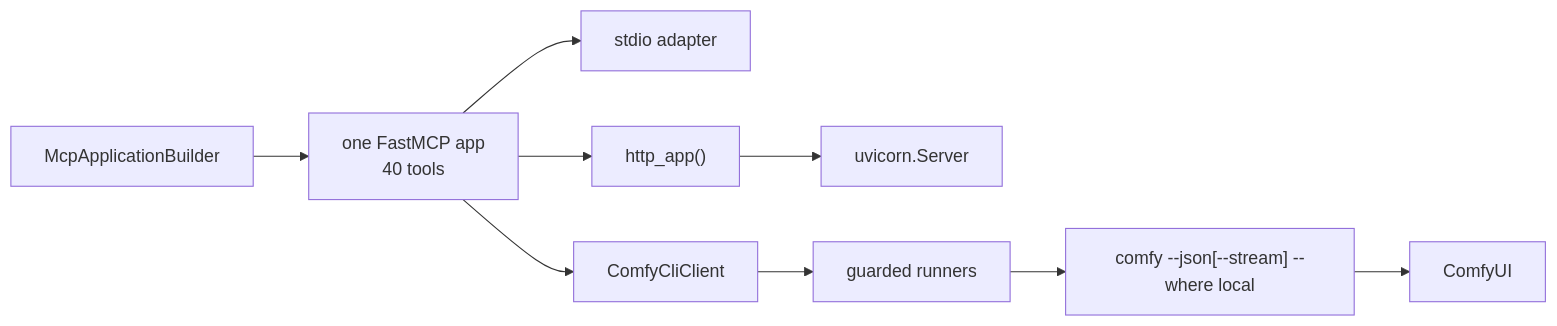
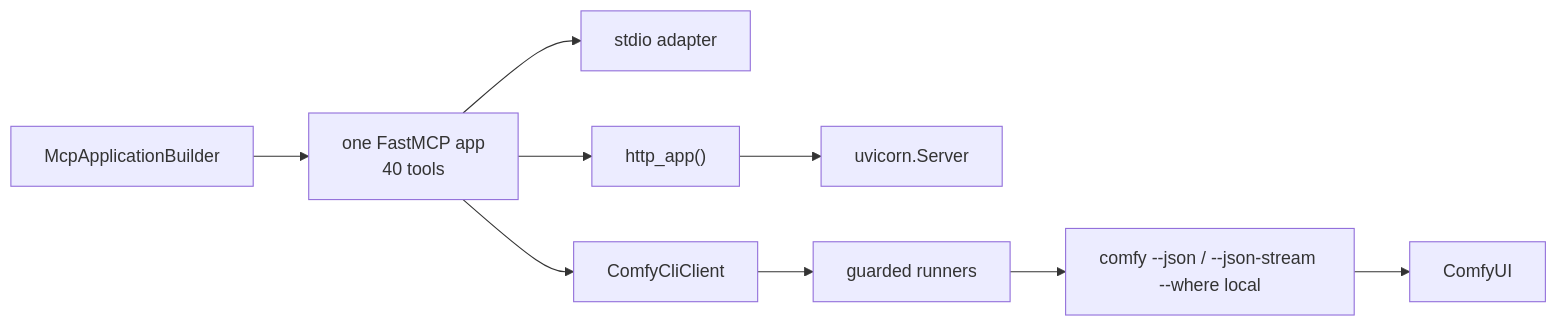
Before and after one commit to Comfy-Org/comfy-mcp: the diagram in docs/remote-http-design.md, drawn with Mermaid. The commit also changed 8 other files, not shown here.

````diff
--- a/docs/remote-http-design.md
+++ b/docs/remote-http-design.md
@@ -72,11 +72,11 @@
 ```mermaid
 flowchart LR
     B["McpApplicationBuilder"] --> M["one FastMCP app\n40 tools"]
     M --> S["stdio adapter"]
     M --> H["http_app()"]
     H --> U["uvicorn.Server"]
     M --> C["ComfyCliClient"]
     C --> R["guarded runners"]
-    R --> CLI["comfy --json[--stream] --where local"]
+    R --> CLI["comfy --json / --json-stream --where local"]
     CLI --> UI["ComfyUI"]
 ```
````
